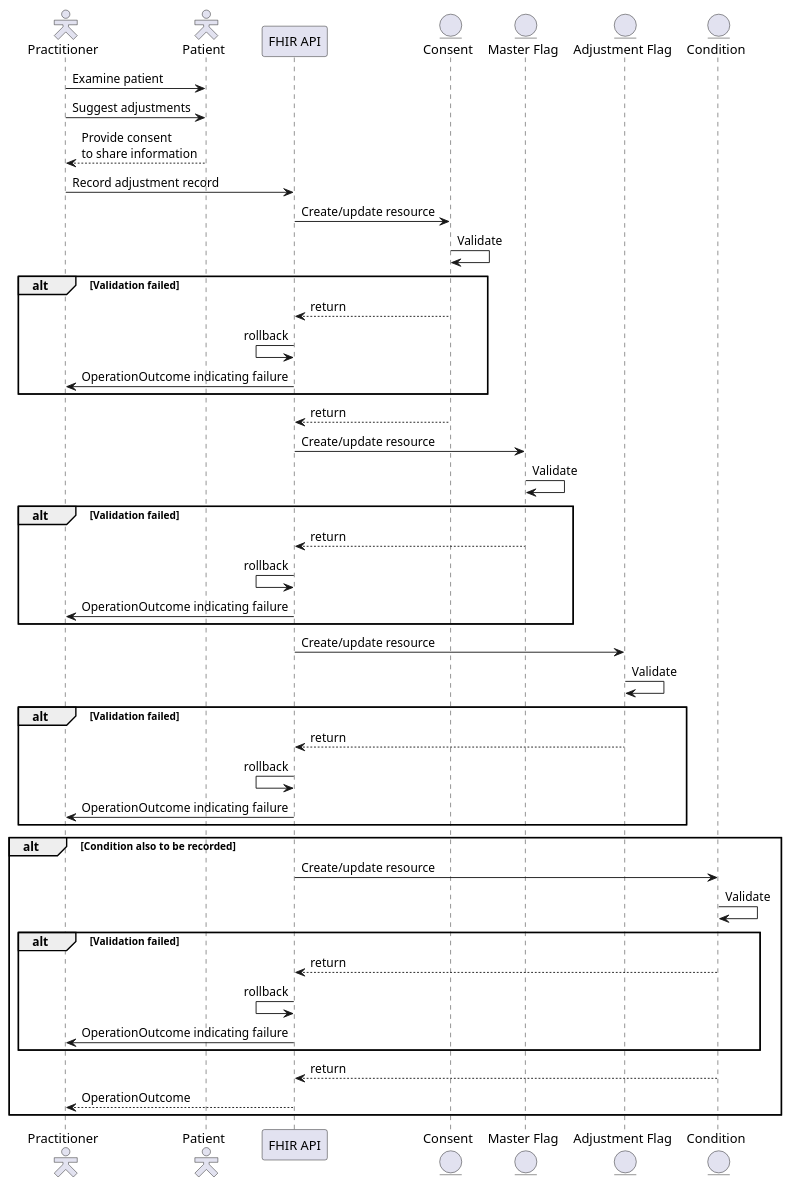
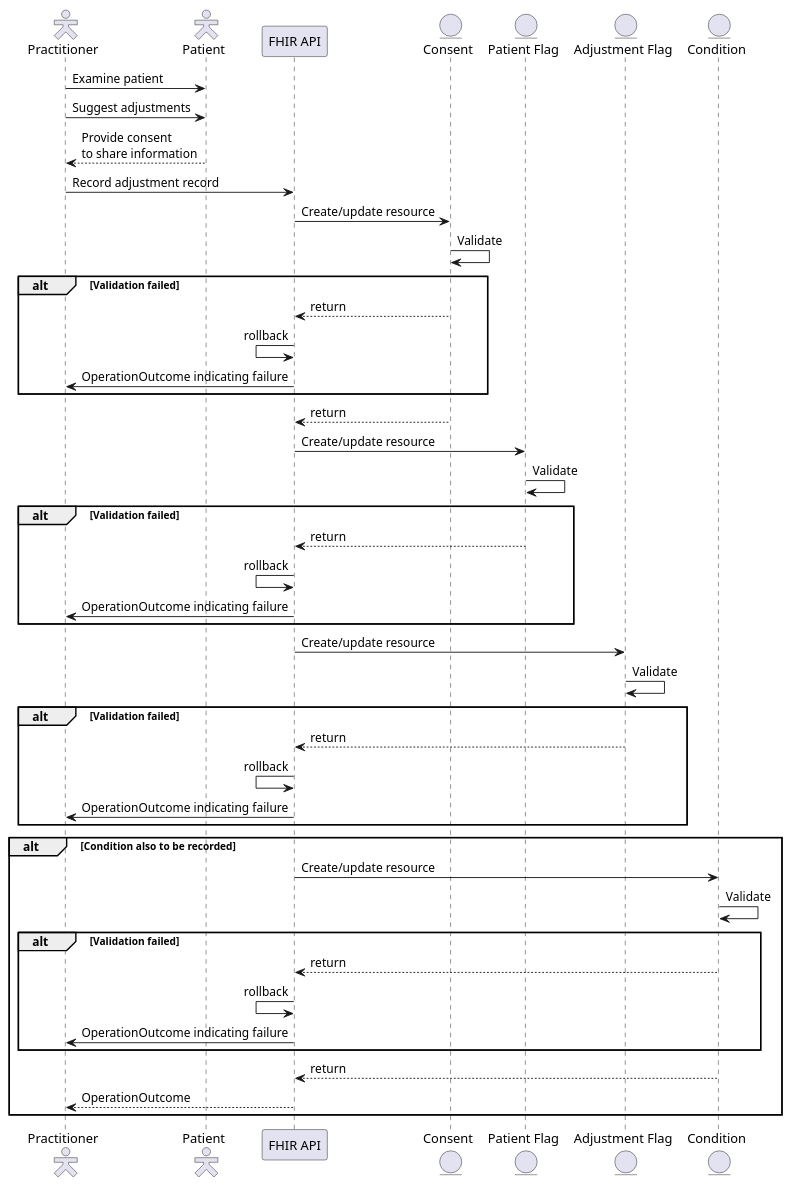
The diagram in input/images-source/add-record-sequence.plantuml (NHSDigital/ra-sandbox), drawn with PlantUML before and after one commit. The commit also changed 46 other files, not shown here.

```diff
--- a/input/images-source/add-record-sequence.plantuml
+++ b/input/images-source/add-record-sequence.plantuml
@@ -1,57 +1,57 @@
 @startuml
 
 skinparam actorStyle hollow
 
 actor        "Practitioner"     as pra
 actor        "Patient"          as pat
 participant  "FHIR API"         as api
 entity       "Consent"          as con
-entity       "Master Flag"      as mas
+entity       "Patient Flag"      as mas
 entity       "Adjustment Flag"  as adj
 entity       "Condition"        as cod
 
 pra ->  pat : Examine patient
 pra ->  pat : Suggest adjustments
 pra <-- pat : Provide consent\nto share information
 
 pra ->  api : Record adjustment record
 
 api ->  con : Create/update resource
 con ->  con : Validate
 alt Validation failed
 api <-- con : return
 api <- api : rollback
 api ->  pra : OperationOutcome indicating failure
 end
 api <-- con : return
 
 api ->  mas : Create/update resource
 mas ->  mas : Validate
 alt Validation failed
 api <-- mas : return
 api <- api : rollback
 api ->  pra : OperationOutcome indicating failure
 end
 
 api ->  adj : Create/update resource
 adj ->  adj : Validate
 alt Validation failed
 api <-- adj : return
 api <- api : rollback
 api ->  pra : OperationOutcome indicating failure
 end
 
 alt Condition also to be recorded
 api ->  cod : Create/update resource
 cod ->  cod : Validate
 alt Validation failed
 api <-- cod : return
 api <- api : rollback
 api ->  pra : OperationOutcome indicating failure
 end
 api <-- cod : return
 pra <-- api : OperationOutcome
 end
 
 
 @enduml
```
